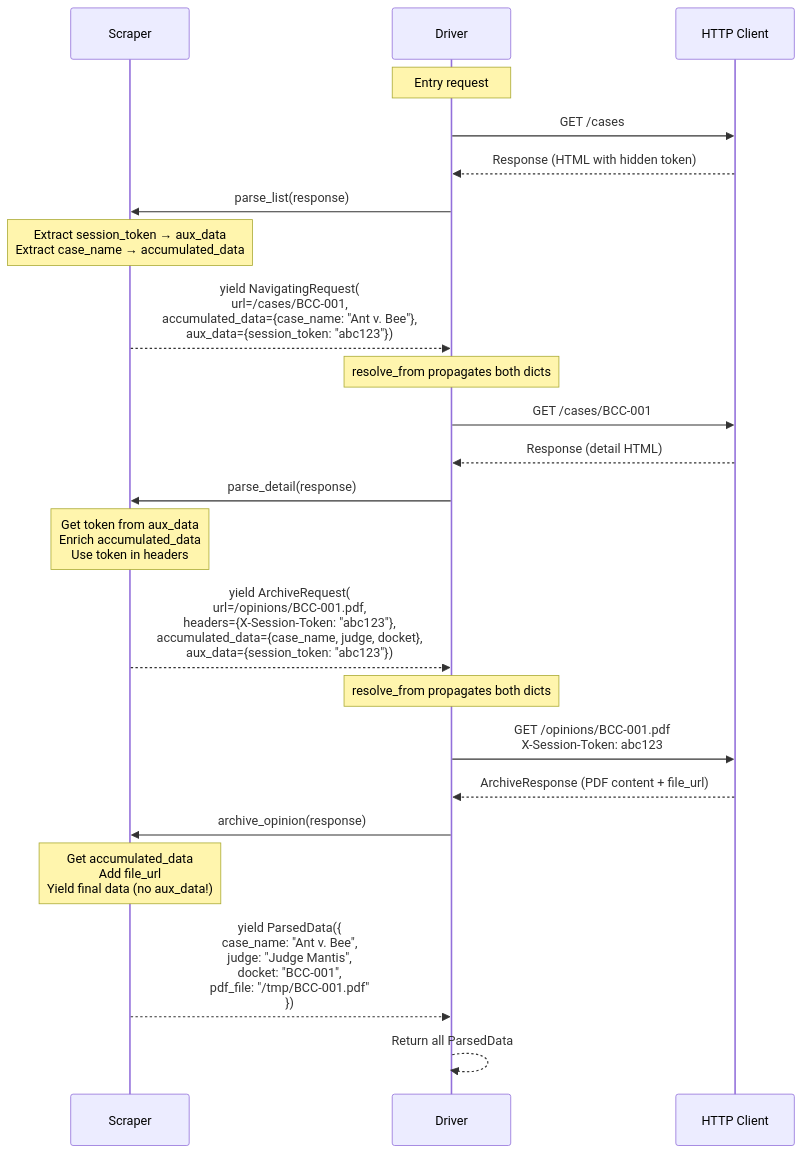
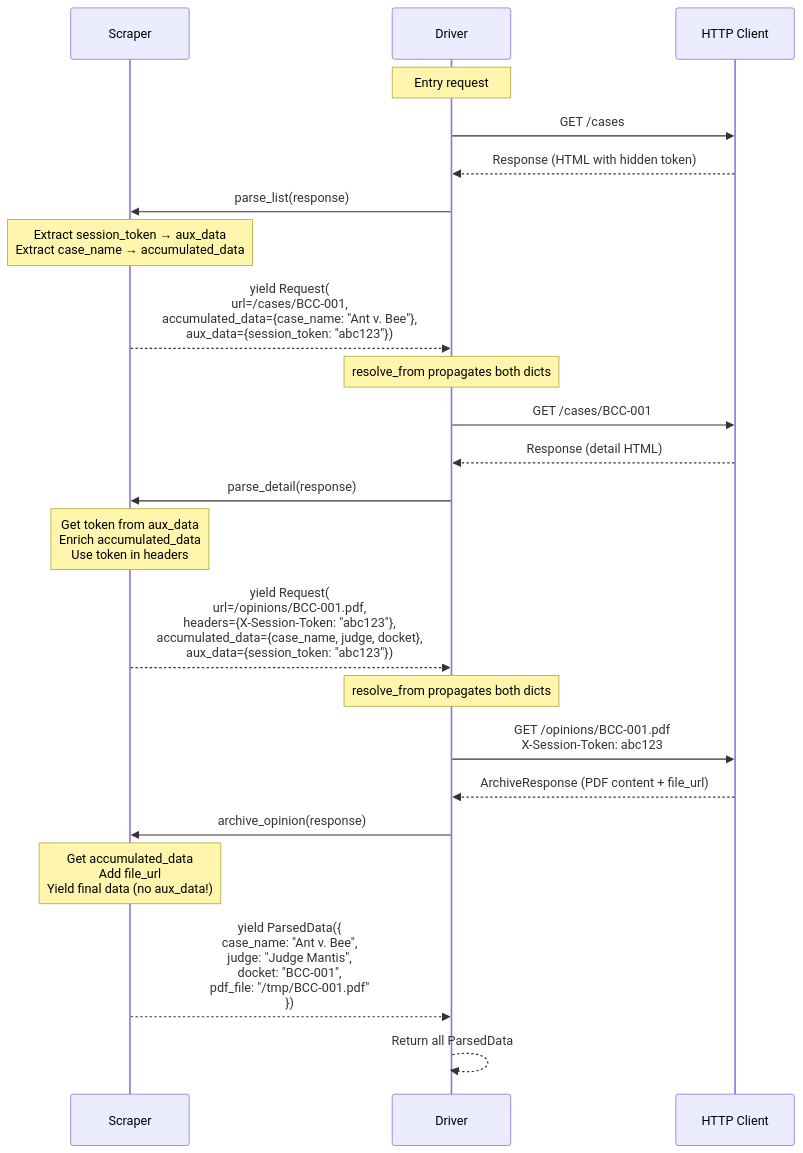
The diagram in docs/source/scraper_driver/design/06_aux_data.rst (Brennan-Chesley-FLP/kent), drawn with Mermaid before and after one commit. The commit also changed other lines of this file and 70 other files, not shown here.

```diff
--- a/docs/source/scraper_driver/design/06_aux_data.rst
+++ b/docs/source/scraper_driver/design/06_aux_data.rst
@@ -189,32 +190,32 @@
 .. mermaid::
 
     sequenceDiagram
         participant S as Scraper
         participant D as Driver
         participant H as HTTP Client
 
         Note over D: Entry request
 
         D->>H: GET /cases
         H-->>D: Response (HTML with hidden token)
         D->>S: parse_list(response)
         Note over S: Extract session_token → aux_data<br/>Extract case_name → accumulated_data
-        S-->>D: yield NavigatingRequest(<br/>  url=/cases/BCC-001,<br/>  accumulated_data={case_name: "Ant v. Bee"},<br/>  aux_data={session_token: "abc123"})
+        S-->>D: yield Request(<br/>  url=/cases/BCC-001,<br/>  accumulated_data={case_name: "Ant v. Bee"},<br/>  aux_data={session_token: "abc123"})
 
         Note over D: resolve_from propagates both dicts
 
         D->>H: GET /cases/BCC-001
         H-->>D: Response (detail HTML)
         D->>S: parse_detail(response)
         Note over S: Get token from aux_data<br/>Enrich accumulated_data<br/>Use token in headers
-        S-->>D: yield ArchiveRequest(<br/>  url=/opinions/BCC-001.pdf,<br/>  headers={X-Session-Token: "abc123"},<br/>  accumulated_data={case_name, judge, docket},<br/>  aux_data={session_token: "abc123"})
+        S-->>D: yield Request(<br/>  url=/opinions/BCC-001.pdf,<br/>  headers={X-Session-Token: "abc123"},<br/>  accumulated_data={case_name, judge, docket},<br/>  aux_data={session_token: "abc123"})
 
         Note over D: resolve_from propagates both dicts
 
         D->>H: GET /opinions/BCC-001.pdf<br/>X-Session-Token: abc123
         H-->>D: ArchiveResponse (PDF content + file_url)
         D->>S: archive_opinion(response)
         Note over S: Get accumulated_data<br/>Add file_url<br/>Yield final data (no aux_data!)
         S-->>D: yield ParsedData({<br/>  case_name: "Ant v. Bee",<br/>  judge: "Judge Mantis",<br/>  docket: "BCC-001",<br/>  pdf_file: "/tmp/BCC-001.pdf"<br/>})
 
         D-->>D: Return all ParsedData
```
